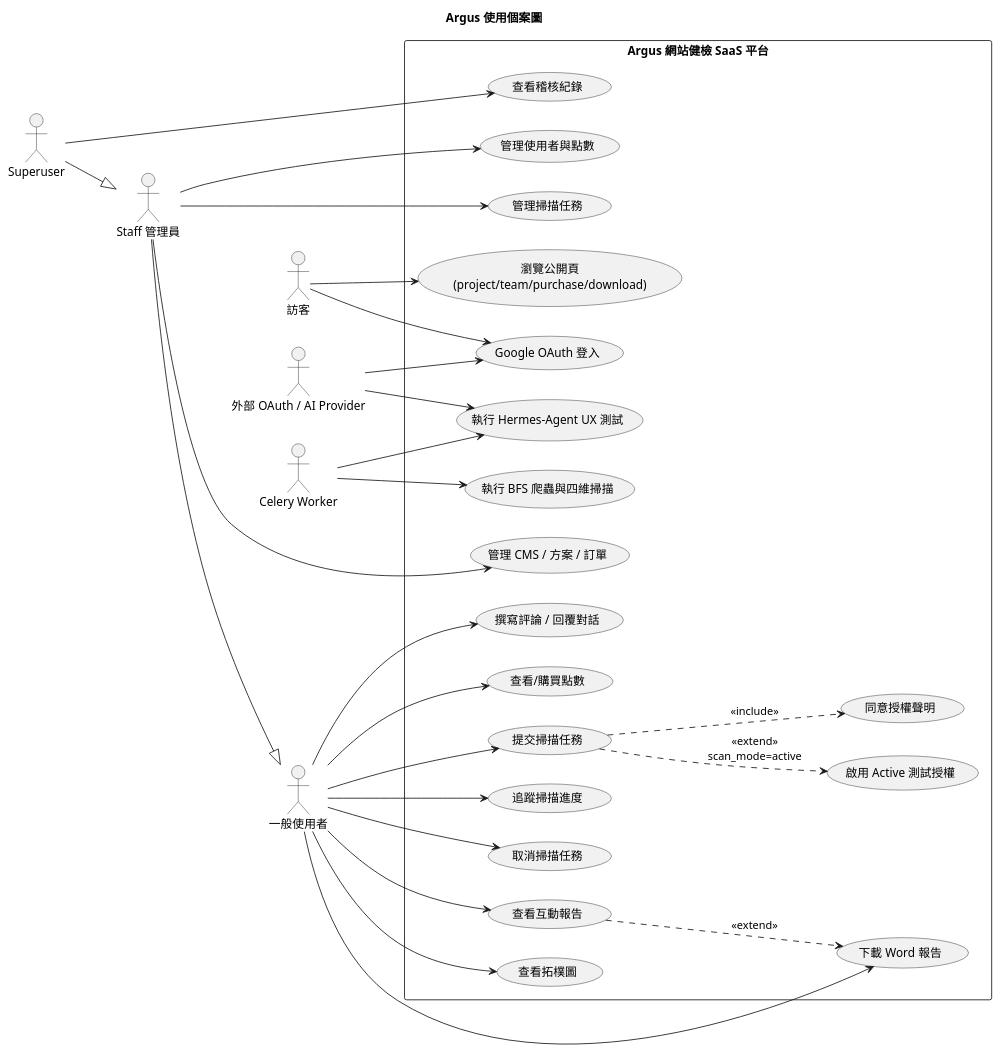
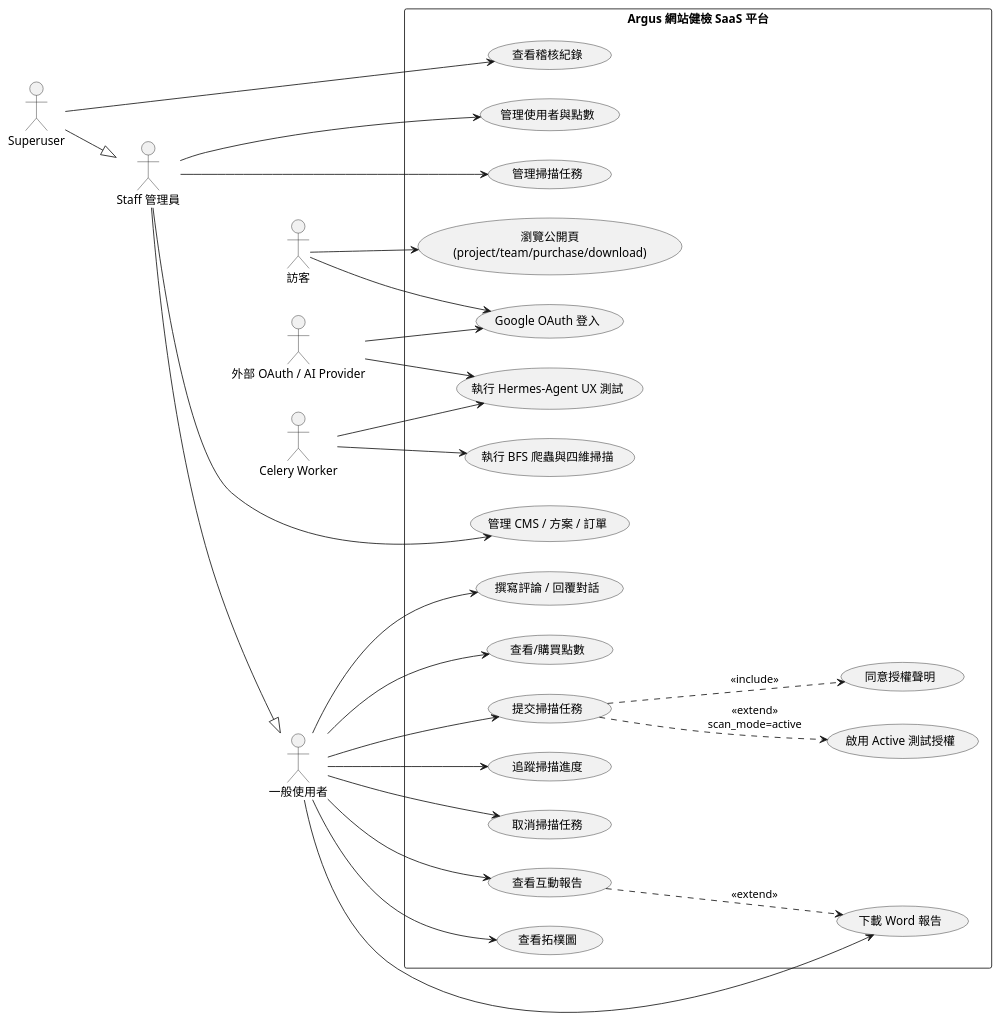
Before and after one commit to Djude1/Argus: the fourth of 13 diagrams in PlantUML.md, drawn with PlantUML. The commit also changed other lines of this file, not shown here.

First line of the commit message:
fix: remove PlantUML title directives for compatibility

````diff
--- a/PlantUML.md
+++ b/PlantUML.md
@@ -229,61 +226,60 @@
 ```plantuml
 @startuml
-title Argus 使用個案圖
 left to right direction
 skinparam defaultFontName Microsoft JhengHei
 skinparam shadowing false
 
 actor "訪客" as Guest
 actor "一般使用者" as User
 actor "Staff 管理員" as Staff
 actor "Superuser" as Super
 actor "Celery Worker" as Worker
 actor "外部 OAuth / AI Provider" as Provider
 
 rectangle "Argus 網站健檢 SaaS 平台" {
   usecase "瀏覽公開頁\n(project/team/purchase/download)" as UC_Public
   usecase "Google OAuth 登入" as UC_Login
   usecase "查看/購買點數" as UC_Billing
   usecase "提交掃描任務" as UC_Submit
   usecase "同意授權聲明" as UC_Consent
   usecase "啟用 Active 測試授權" as UC_ActiveConsent
   usecase "追蹤掃描進度" as UC_Progress
   usecase "取消掃描任務" as UC_Cancel
   usecase "查看互動報告" as UC_Report
   usecase "查看拓樸圖" as UC_Topology
   usecase "下載 Word 報告" as UC_Docx
   usecase "撰寫評論 / 回覆對話" as UC_Review
   usecase "管理使用者與點數" as UC_AdminUser
   usecase "管理掃描任務" as UC_AdminScan
   usecase "管理 CMS / 方案 / 訂單" as UC_CMS
   usecase "查看稽核紀錄" as UC_Audit
   usecase "執行 BFS 爬蟲與四維掃描" as UC_WorkerScan
   usecase "執行 Hermes-Agent UX 測試" as UC_Agent
 }
 
 Guest --> UC_Public
 Guest --> UC_Login
 User --> UC_Billing
 User --> UC_Submit
 User --> UC_Progress
 User --> UC_Cancel
 User --> UC_Report
 User --> UC_Topology
 User --> UC_Docx
 User --> UC_Review
 Staff --> UC_AdminUser
 Staff --> UC_AdminScan
 Staff --> UC_CMS
 Super --> UC_Audit
 Worker --> UC_WorkerScan
 Worker --> UC_Agent
 Provider --> UC_Login
 Provider --> UC_Agent
 
 UC_Submit ..> UC_Consent : <<include>>
 UC_Submit ..> UC_ActiveConsent : <<extend>>\nscan_mode=active
 UC_Report ..> UC_Docx : <<extend>>
 Staff --|> User
 Super --|> Staff
 @enduml
 ```
````
